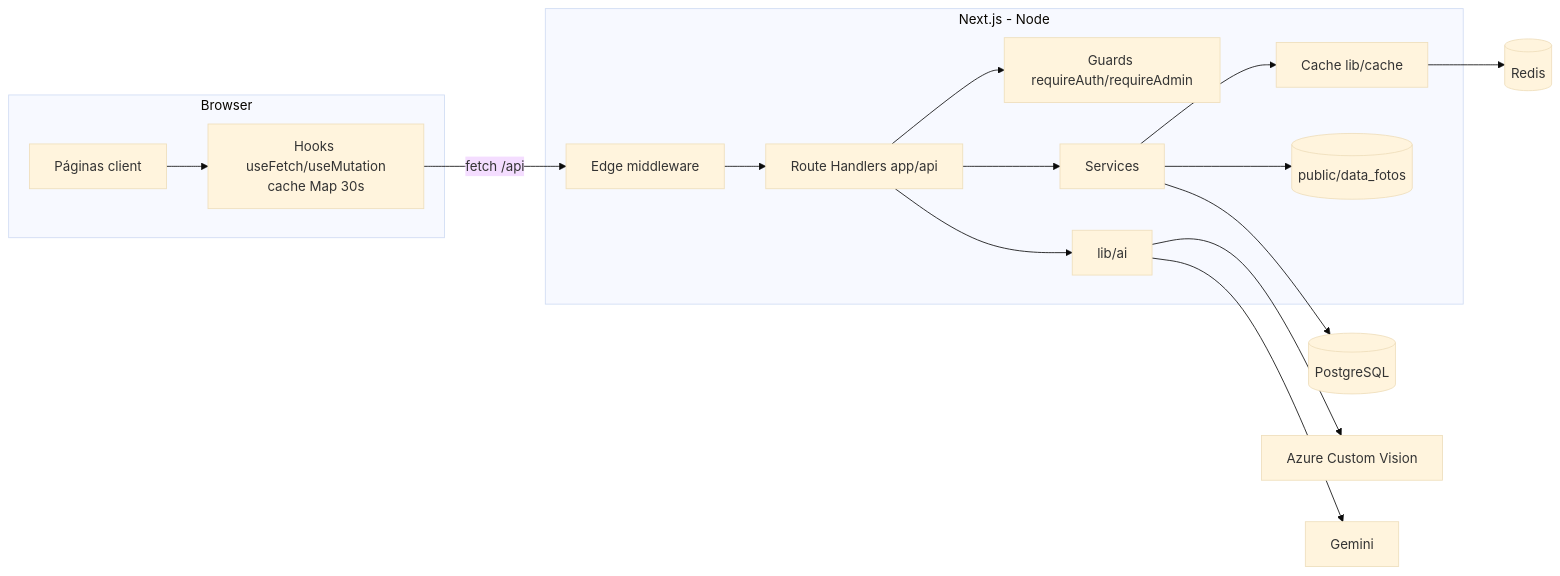
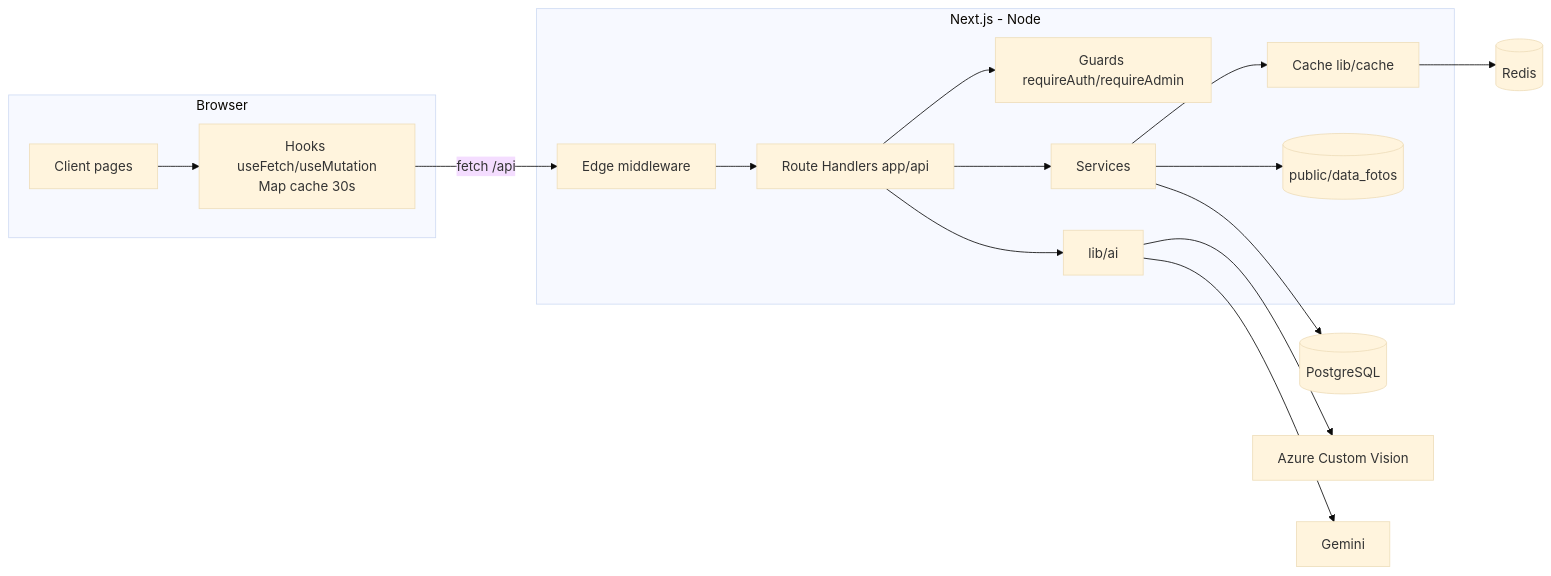
The diagram in docs/architecture/overview.md (maria-brito15/ecoshop-nextjs), drawn with Mermaid (base theme) before and after one commit. The commit also changed other lines of this file and 26 other files, not shown here.

Commit message:
docs: translate architecture overview and ADRs to English; fix ADR index link on Windows

````diff
--- a/docs/architecture/overview.md
+++ b/docs/architecture/overview.md
@@ -5,19 +5,19 @@
 ```mermaid
 flowchart LR
   subgraph Browser
-    P[Páginas client] --> H[Hooks useFetch/useMutation<br/>cache Map 30s]
+    P[Client pages] --> H[Hooks useFetch/useMutation<br/>Map cache 30s]
   end
   subgraph Next[Next.js - Node]
     MW[Edge middleware] --> RH[Route Handlers app/api]
     RH --> AZ[Guards requireAuth/requireAdmin]
     RH --> SV[Services]
     SV --> CA[Cache lib/cache]
     RH --> AI[lib/ai]
     SV --> FS[(public/data_fotos)]
   end
   H -->|fetch /api| MW
   SV --> DB[(PostgreSQL)]
   CA --> RD[(Redis)]
   AI --> AZV[Azure Custom Vision]
   AI --> GEM[Gemini]
 ```
````
